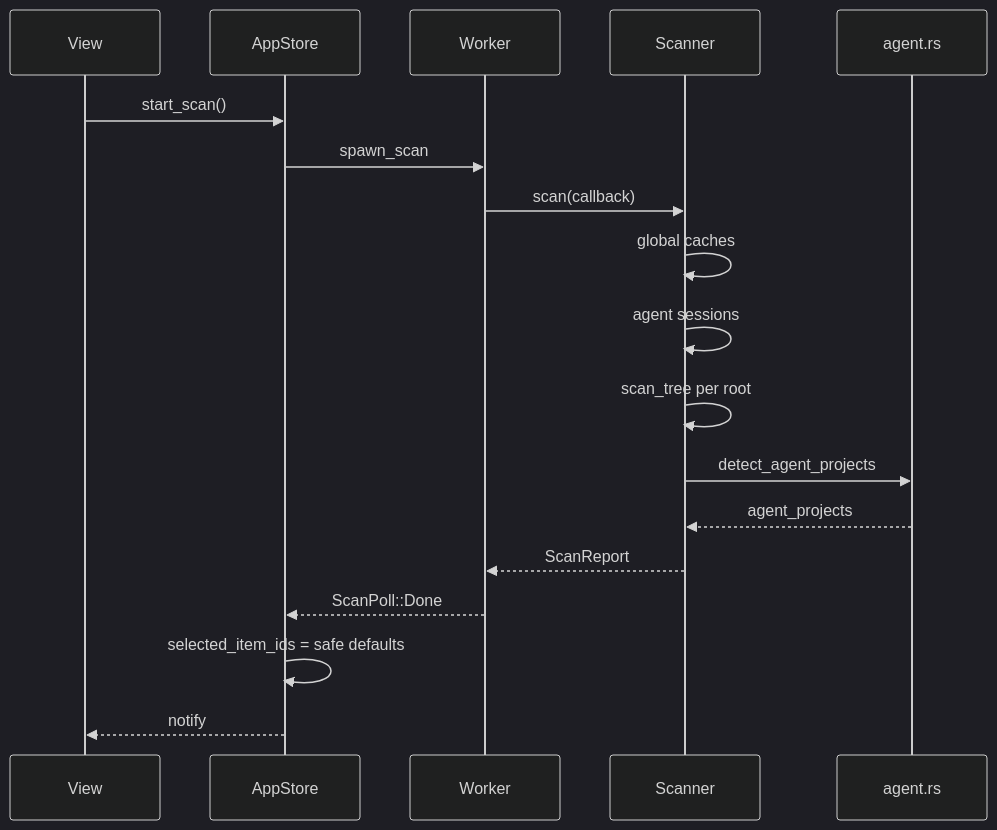
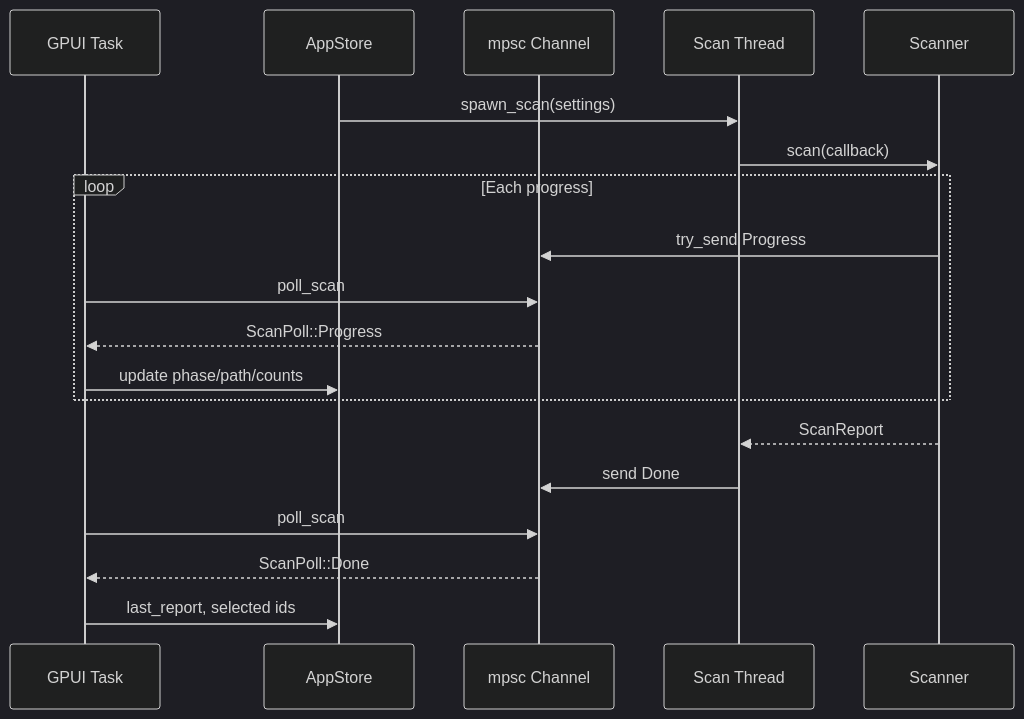
The third of 5 diagrams in .terrain/human/3.Workflows.md (sopaco/CLV3000-Plus), drawn with Mermaid (dark theme) before and after one commit. The commit also changed other lines of this file and 14 other files, not shown here.

````diff
--- a/.terrain/human/3.Workflows.md
+++ b/.terrain/human/3.Workflows.md
@@ -107,21 +59,22 @@
 ```mermaid
 sequenceDiagram
-    participant UI as View
-    participant S as AppStore
-    participant T as Worker
+    participant UI as GPUI Task
+    participant Store as AppStore
+    participant Ch as mpsc Channel
+    participant Worker as Scan Thread
     participant Sc as Scanner
-    participant Ag as agent.rs
 
-    UI->>S: start_scan()
-    S->>T: spawn_scan
-    T->>Sc: scan(callback)
-    Sc->>Sc: global caches
-    Sc->>Sc: agent sessions
-    Sc->>Sc: scan_tree per root
-    Sc->>Ag: detect_agent_projects
-    Ag-->>Sc: agent_projects
-    Sc-->>T: ScanReport
-    T-->>S: ScanPoll::Done
-    S->>S: selected_item_ids = safe defaults
-    S-->>UI: notify
+    Store->>Worker: spawn_scan(settings)
+    Worker->>Sc: scan(callback)
+    loop Each progress
+        Sc->>Ch: try_send Progress
+        UI->>Ch: poll_scan
+        Ch-->>UI: ScanPoll::Progress
+        UI->>Store: update phase/path/counts
+    end
+    Sc-->>Worker: ScanReport
+    Worker->>Ch: send Done
+    UI->>Ch: poll_scan
+    Ch-->>UI: ScanPoll::Done
+    UI->>Store: last_report, selected ids
 ```
````
